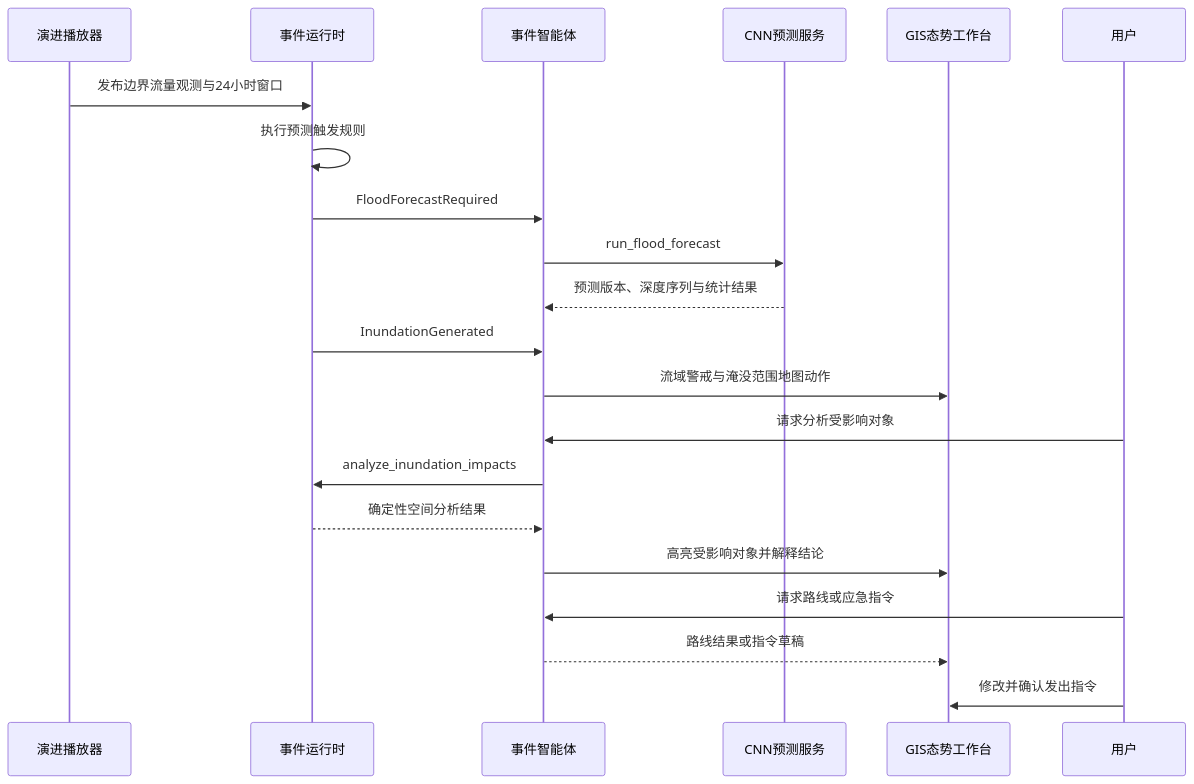
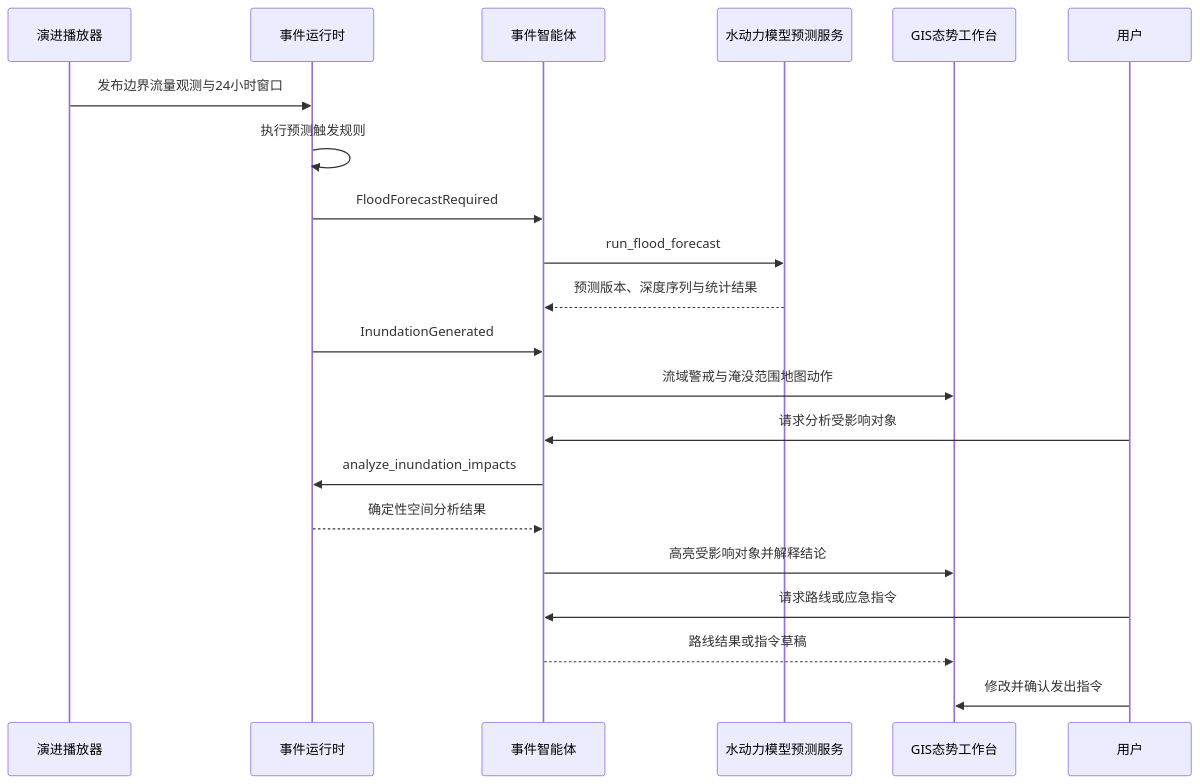
One commit to 9triver/flood changed the second of 3 diagrams in docs/技术方案.md. Above: the diagram before and after it, drawn with Mermaid. The commit also changed other lines of this file and 21 other files, not shown here.

````diff
--- a/docs/技术方案.md
+++ b/docs/技术方案.md
@@ -81,24 +81,24 @@
 ```mermaid
 sequenceDiagram
     participant P as 演进播放器
     participant E as 事件运行时
     participant A as 事件智能体
-    participant F as CNN预测服务
+    participant F as 水动力模型预测服务
     participant G as GIS态势工作台
     participant U as 用户
 
     P->>E: 发布边界流量观测与24小时窗口
     E->>E: 执行预测触发规则
     E->>A: FloodForecastRequired
     A->>F: run_flood_forecast
     F-->>A: 预测版本、深度序列与统计结果
     E->>A: InundationGenerated
     A->>G: 流域警戒与淹没范围地图动作
     U->>A: 请求分析受影响对象
     A->>E: analyze_inundation_impacts
     E-->>A: 确定性空间分析结果
     A->>G: 高亮受影响对象并解释结论
     U->>A: 请求路线或应急指令
     A-->>G: 路线结果或指令草稿
     U->>G: 修改并确认发出指令
 ```
````
